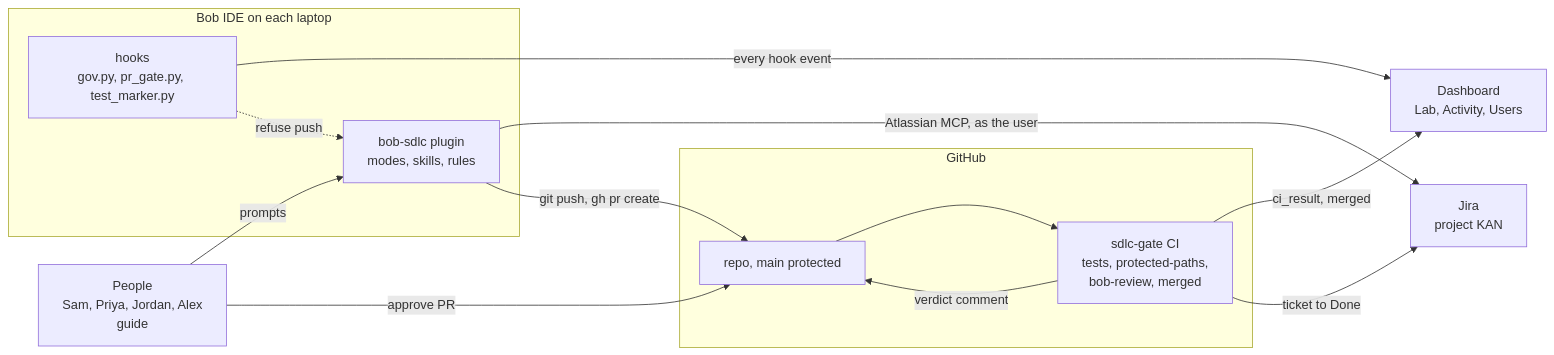
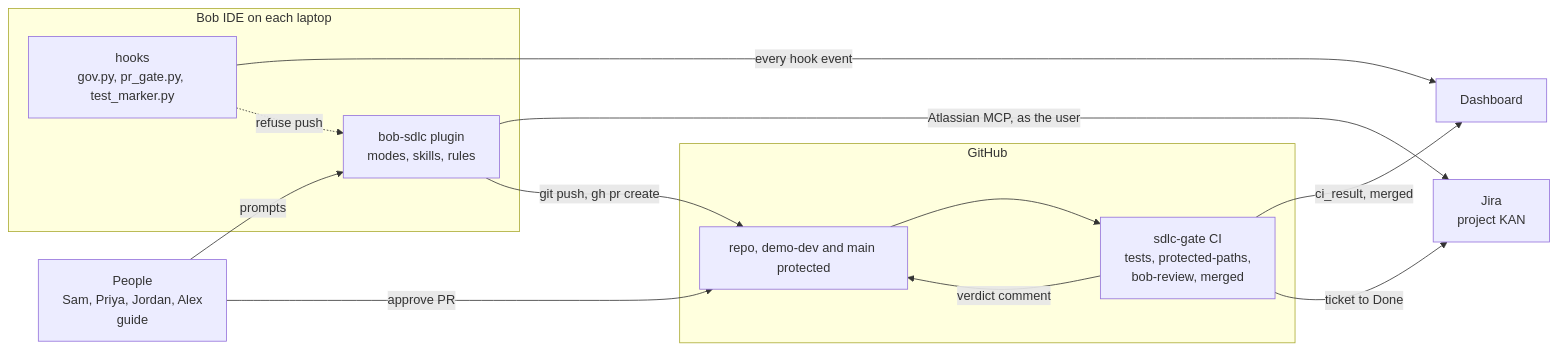
Before and after one commit to sbrick26/bob-sdlc-lab: the diagram in docs/architecture.md, drawn with Mermaid. The commit also changed other lines of this file and 18 other files, not shown here.

````diff
--- a/docs/architecture.md
+++ b/docs/architecture.md
@@ -5,25 +7,25 @@
 ```mermaid
 flowchart LR
   P["People<br/>Sam, Priya, Jordan, Alex<br/>guide"]
   subgraph IDE["Bob IDE on each laptop"]
     PL["bob-sdlc plugin<br/>modes, skills, rules"]
     HK["hooks<br/>gov.py, pr_gate.py, test_marker.py"]
   end
   J["Jira<br/>project KAN"]
   subgraph GH["GitHub"]
-    R["repo, main protected"]
+    R["repo, demo-dev and main protected"]
     CI["sdlc-gate CI<br/>tests, protected-paths,<br/>bob-review, merged"]
   end
-  D["Dashboard<br/>Lab, Activity, Users"]
+  D["Dashboard"]
 
   P -->|prompts| PL
   PL -->|"Atlassian MCP, as the user"| J
   PL -->|"git push, gh pr create"| R
   HK -->|"every hook event"| D
   HK -.->|"refuse push"| PL
   R --> CI
   CI -->|"verdict comment"| R
   CI -->|"ci_result, merged"| D
   CI -->|"ticket to Done"| J
   P -->|"approve PR"| R
 ```
````
